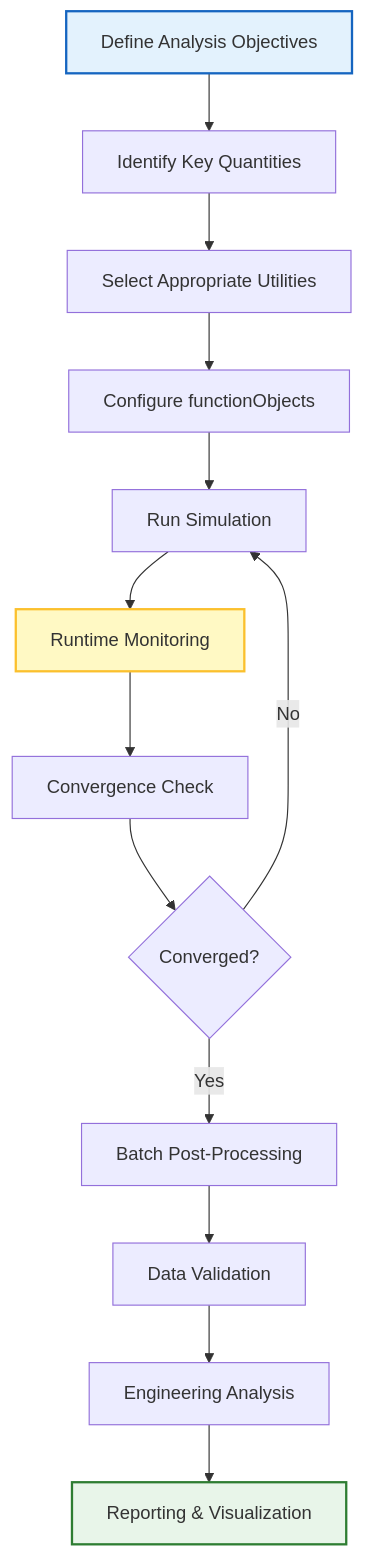
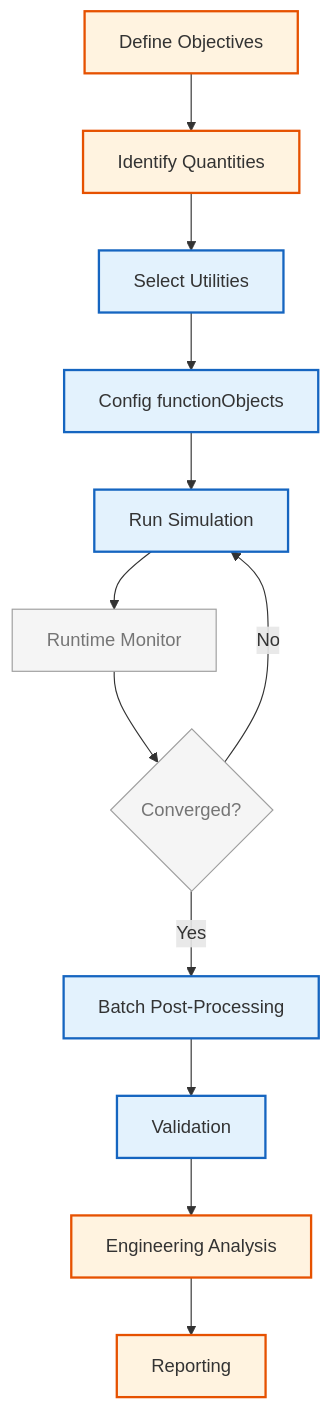
Before and after one commit to wramet/build-my-cfd: the third of 3 diagrams in MODULE_07_UTILITIES_AUTOMATION/CONTENT/03_POST_PROCESSING/00_Overview.md, drawn with Mermaid. The commit also changed other lines of this file and 313 other files, not shown here.

Commit message:
Revise all diagram

````diff
--- a/MODULE_07_UTILITIES_AUTOMATION/CONTENT/03_POST_PROCESSING/00_Overview.md
+++ b/MODULE_07_UTILITIES_AUTOMATION/CONTENT/03_POST_PROCESSING/00_Overview.md
@@ -1031,19 +1032,19 @@
 ```mermaid
 graph TD
-    A["Define Analysis Objectives"] --> B["Identify Key Quantities"]
-    B --> C["Select Appropriate Utilities"]
-    C --> D["Configure functionObjects"]
-    D --> E["Run Simulation"]
-    E --> F["Runtime Monitoring"]
-    F --> G["Convergence Check"]
-    G --> H{Converged?}
-    H -->|No| E
-    H -->|Yes| I["Batch Post-Processing"]
-    I --> J["Data Validation"]
-    J --> K["Engineering Analysis"]
-    K --> L["Reporting & Visualization"]
-
-    style A fill:#e3f2fd,stroke:#1565c0,stroke-width:2px;
-    style F fill:#fff9c4,stroke:#fbc02d,stroke-width:2px;
-    style L fill:#e8f5e9,stroke:#2e7d32,stroke-width:2px;
+%% Classes
+classDef explicit fill:#fff3e0,stroke:#e65100,stroke-width:2px;
+classDef implicit fill:#e3f2fd,stroke:#1565c0,stroke-width:2px;
+classDef context fill:#f5f5f5,stroke:#9e9e9e,stroke-width:1px,color:#757575;
+%% Nodes
+A[Define Objectives]:::explicit --> B[Identify Quantities]:::explicit
+B --> C[Select Utilities]:::implicit
+C --> D[Config functionObjects]:::implicit
+D --> E[Run Simulation]:::implicit
+E --> F[Runtime Monitor]:::context
+F --> G{Converged?}:::context
+G -->|No| E
+G -->|Yes| I[Batch Post-Processing]:::implicit
+I --> J[Validation]:::implicit
+J --> K[Engineering Analysis]:::explicit
+K --> L[Reporting]:::explicit
 ```
````
